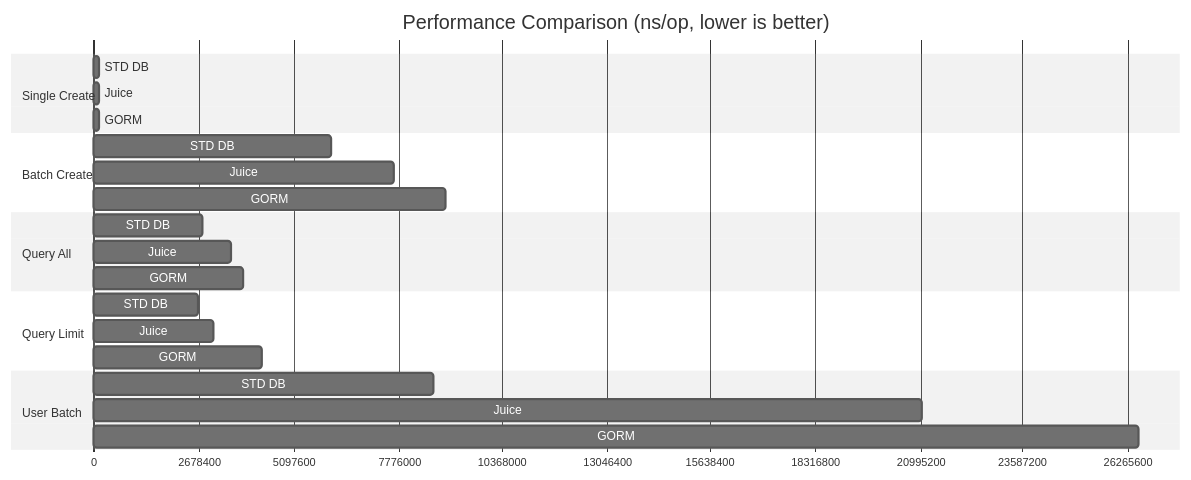
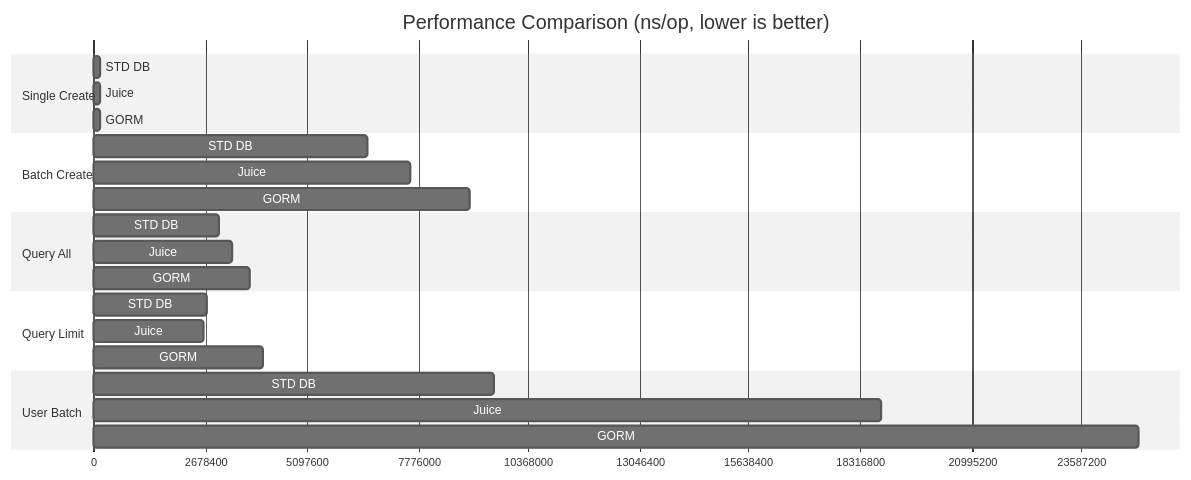
Before and after one commit to go-juicedev/juice-benchmark: the first of 2 diagrams in README.md, drawn with Mermaid (neutral theme). The commit also changed other lines of this file, not shown here.

````diff
--- a/README.md
+++ b/README.md
@@ -11,31 +11,31 @@
 ```mermaid
 gantt
     title Performance Comparison (ns/op, lower is better)
     dateFormat X
     axisFormat %s
 
     section Single Create
-    STD DB    : 0, 133040
-    Juice     : 0, 140911
-    GORM      : 0, 144790
+    STD DB    : 0, 146987
+    Juice     : 0, 150563
+    GORM      : 0, 156854
 
     section Batch Create
-    STD DB    : 0, 6041218
-    Juice     : 0, 7620343
-    GORM      : 0, 8931485
+    STD DB    : 0, 6537785
+    Juice     : 0, 7554032
+    GORM      : 0, 8992265
 
     section Query All
-    STD DB    : 0, 2766177
-    Juice     : 0, 3480474
-    GORM      : 0, 3792551
+    STD DB    : 0, 3005820
+    Juice     : 0, 3316007
+    GORM      : 0, 3741352
 
     section Query Limit
-    STD DB    : 0, 2654317
-    Juice     : 0, 3052607
-    GORM      : 0, 4269654
+    STD DB    : 0, 2711460
+    Juice     : 0, 2620487
+    GORM      : 0, 4054708
 
     section User Batch
-    STD DB    : 0, 8644057
-    Juice     : 0, 21040470
-    GORM      : 0, 26536134
+    STD DB    : 0, 9558058
+    Juice     : 0, 18814854
+    GORM      : 0, 24954145
 ```
````
